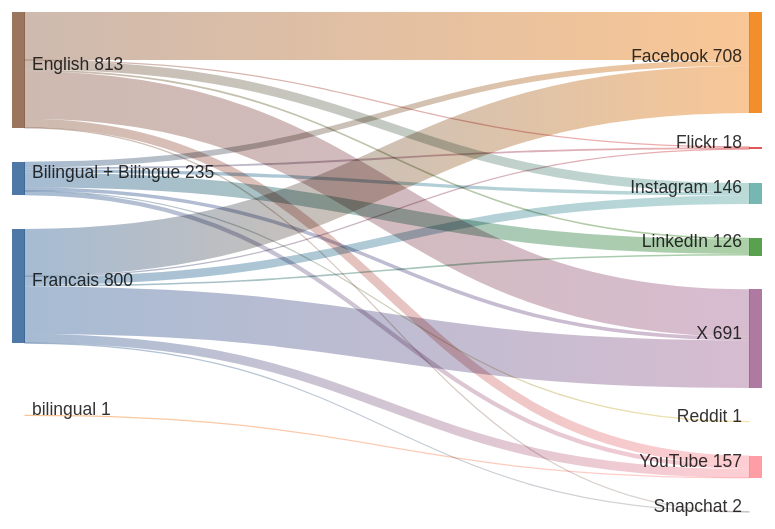
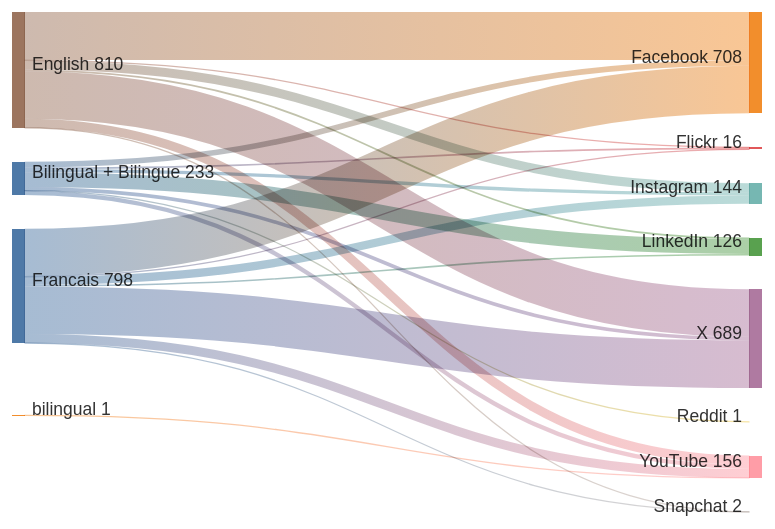
The diagram in sankey_diagram.md (PatLittle/GC-Socials), drawn with Mermaid before and after one commit.

Commit message:
Update Sankey diagram for the most recent day

````diff
--- a/sankey_diagram.md
+++ b/sankey_diagram.md
@@ -1,25 +1,25 @@
 ```mermaid
 sankey-beta
   Bilingual + Bilingue,Facebook,40
-  Bilingual + Bilingue,Flickr,13
+  Bilingual + Bilingue,Flickr,11
   Bilingual + Bilingue,Instagram,23
   Bilingual + Bilingue,LinkedIn,103
   Bilingual + Bilingue,Reddit,1
   Bilingual + Bilingue,X,25
   Bilingual + Bilingue,YouTube,30
   English,Facebook,336
   English,Flickr,3
-  English,Instagram,64
+  English,Instagram,63
   English,LinkedIn,12
   English,Snapchat,1
-  English,X,333
-  English,YouTube,64
+  English,X,332
+  English,YouTube,63
   Francais,Facebook,332
   Francais,Flickr,2
-  Francais,Instagram,59
+  Francais,Instagram,58
   Francais,LinkedIn,11
   Francais,Snapchat,1
-  Francais,X,333
+  Francais,X,332
   Francais,YouTube,62
   bilingual,YouTube,1
 ```
````
